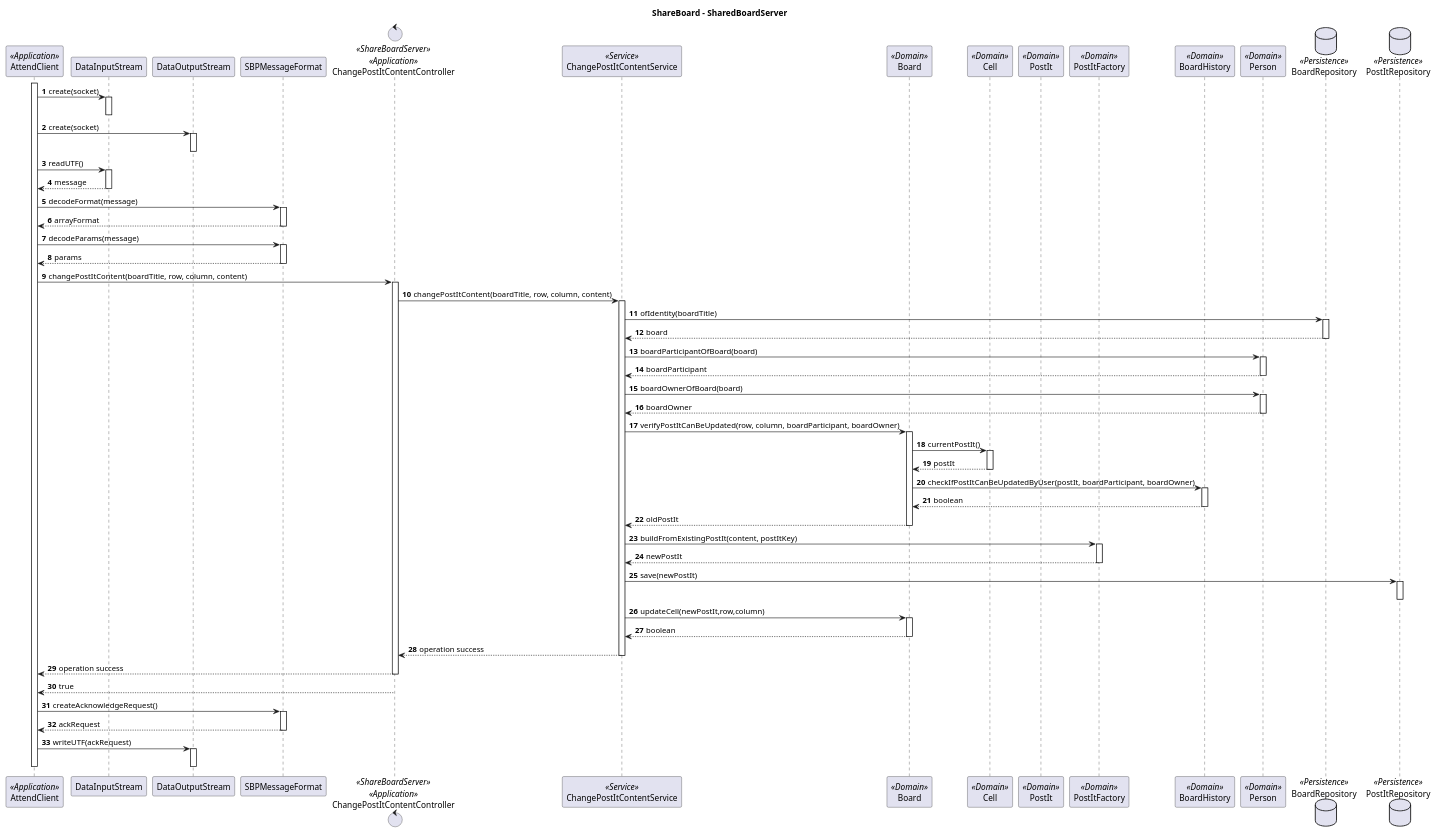
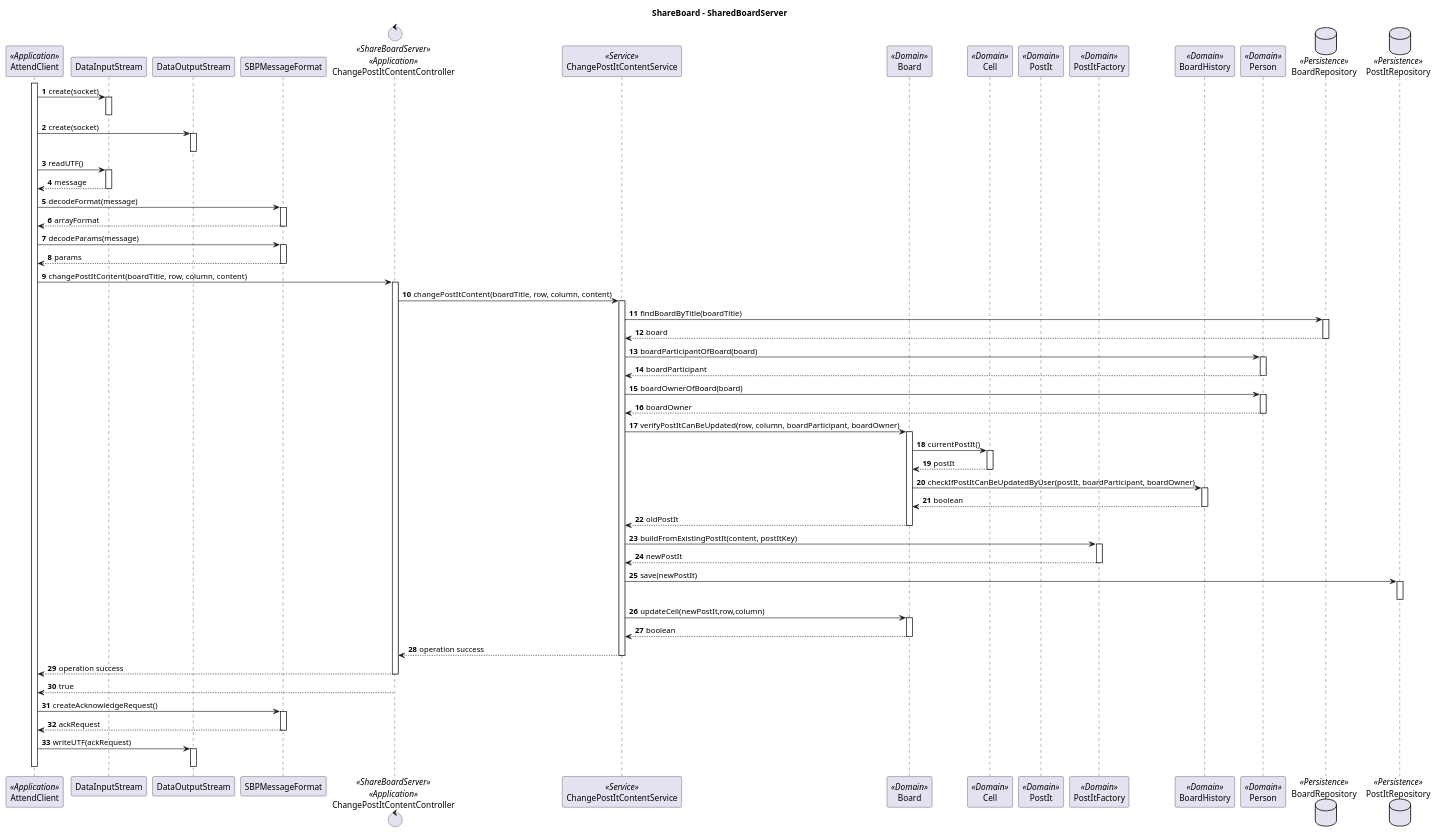
The diagram in docs/Sprint_C/us_3007/US_3007_SD_Change_Content_Server.puml (Marco-Nobrega-Andrade/sem4pi_22_23), drawn with PlantUML before and after one commit. The commit also changed 6 other files, not shown here.

```diff
--- a/docs/Sprint_C/us_3007/US_3007_SD_Change_Content_Server.puml
+++ b/docs/Sprint_C/us_3007/US_3007_SD_Change_Content_Server.puml
@@ -1,80 +1,80 @@
 @startuml
 autonumber
 title ShareBoard - SharedBoardServer
 
 participant AttendClient as AC <<Application>>
 participant DataInputStream as DIS
 participant DataOutputStream as DOS
 participant SBPMessageFormat as SBPMF
 control ChangePostItContentController as CONTROLLER <<ShareBoardServer>> <<Application>>
 participant ChangePostItContentService as SERVICE <<Service>>
 participant Board as BOARD <<Domain>>
 participant Cell as CELL <<Domain>>
 participant PostIt as POST_IT <<Domain>>
 participant PostItFactory as P_FAC <<Domain>>
 participant BoardHistory as BOARD_HIS <<Domain>>
 participant Person as PERSON <<Domain>>
 database BoardRepository as BOARD_REPO <<Persistence>>
 database PostItRepository as POST_IT_REPO <<Persistence>>
 
 
 activate AC
 AC -> DIS : create(socket)
 activate DIS
 deactivate DIS
 AC -> DOS : create(socket)
 activate DOS
 deactivate DOS
 AC -> DIS : readUTF()
 activate DIS
 return message
 AC -> SBPMF : decodeFormat(message)
 activate SBPMF
 return arrayFormat
 AC -> SBPMF : decodeParams(message)
 activate SBPMF
 return params
 AC -> CONTROLLER : changePostItContent(boardTitle, row, column, content)
 activate CONTROLLER
 CONTROLLER -> SERVICE : changePostItContent(boardTitle, row, column, content)
 activate SERVICE
-SERVICE -> BOARD_REPO :ofIdentity(boardTitle)
+SERVICE -> BOARD_REPO : findBoardByTitle(boardTitle)
 activate BOARD_REPO
 return board
 SERVICE -> PERSON : boardParticipantOfBoard(board)
 activate PERSON
 return boardParticipant
 SERVICE -> PERSON : boardOwnerOfBoard(board)
 activate PERSON
 return boardOwner
 SERVICE -> BOARD : verifyPostItCanBeUpdated(row, column, boardParticipant, boardOwner)
 activate BOARD
 BOARD -> CELL : currentPostIt()
 activate CELL
 return postIt
 BOARD -> BOARD_HIS : checkIfPostItCanBeUpdatedByUser(postIt, boardParticipant, boardOwner)
 activate BOARD_HIS
 return boolean
 return oldPostIt
 SERVICE -> P_FAC : buildFromExistingPostIt(content, postItKey)
 activate P_FAC
 return newPostIt
 SERVICE -> POST_IT_REPO : save(newPostIt)
 activate POST_IT_REPO
 deactivate POST_IT_REPO
 SERVICE -> BOARD : updateCell(newPostIt,row,column)
 activate BOARD
 return boolean
 return operation success
 return operation success
 CONTROLLER --> AC : true
 deactivate CONTROLLER
 AC -> SBPMF : createAcknowledgeRequest()
 activate SBPMF
 return ackRequest
 AC -> DOS : writeUTF(ackRequest)
 activate DOS
 deactivate DOS
 deactivate AC
 
 @enduml
```
